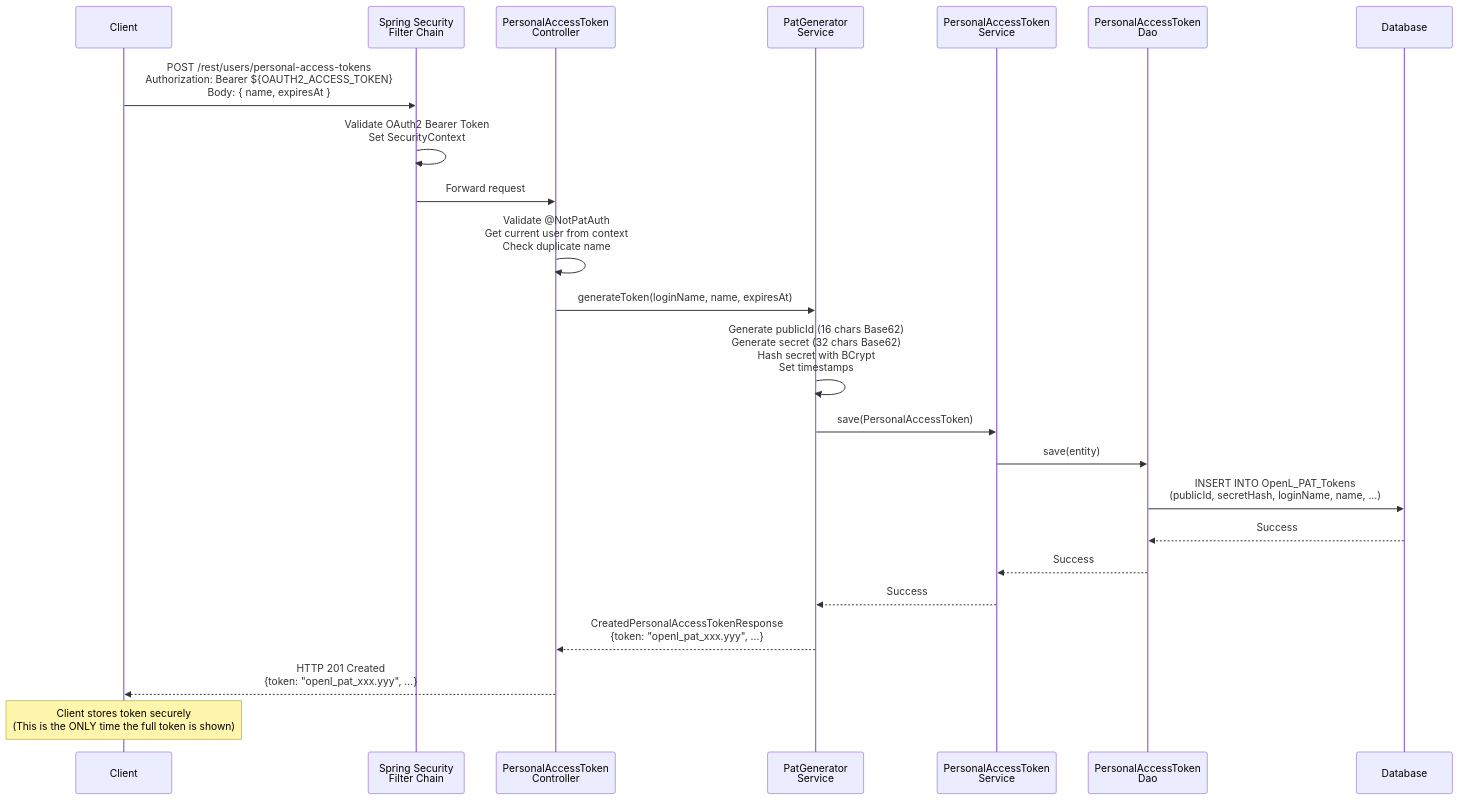
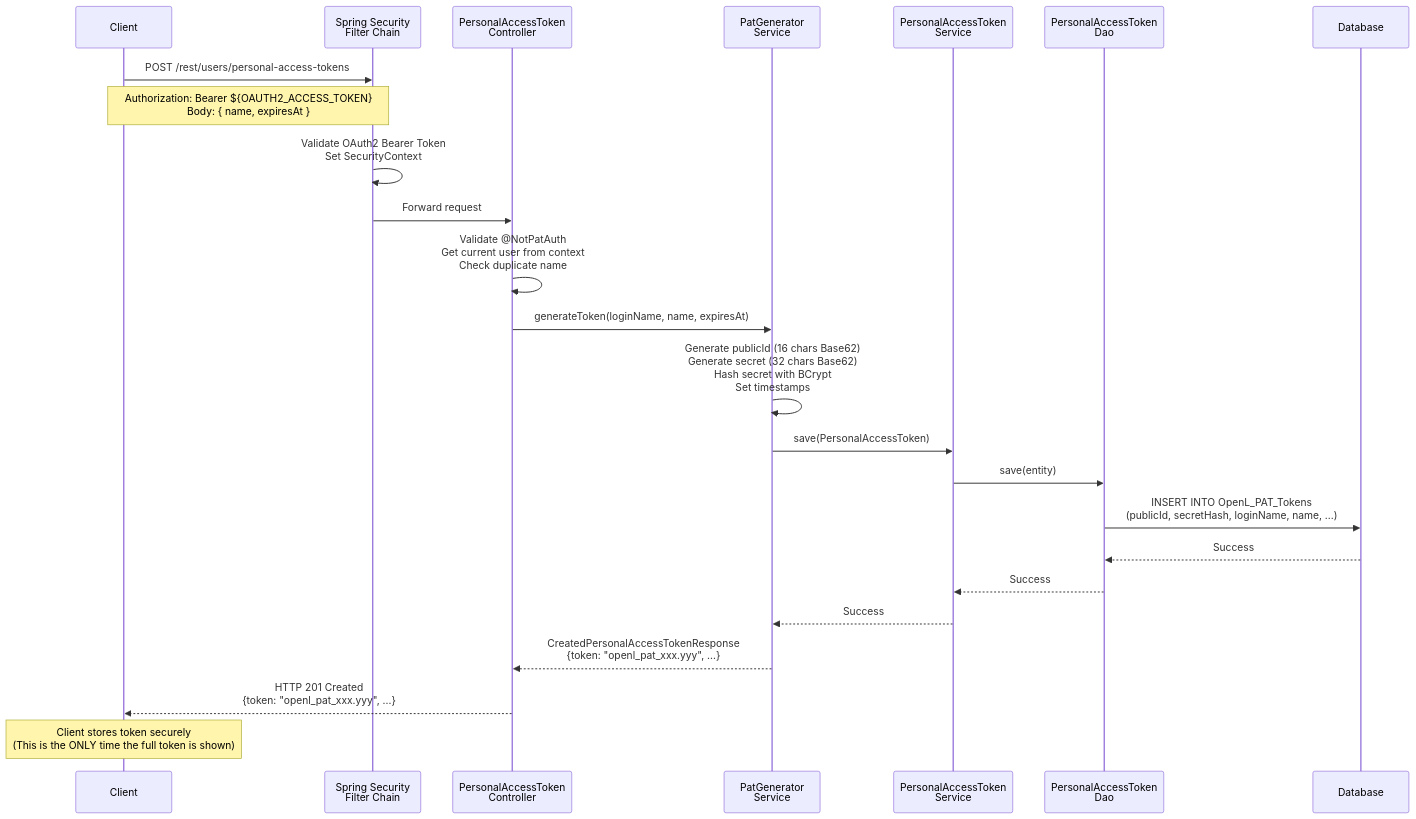
The second of 3 diagrams in Docs/api/personal-access-token-architecture.md (blitzy-public-samples/openl-tablets-01), drawn with Mermaid before and after one commit. The commit also changed other lines of this file and 28 other files, not shown here.

````diff
--- a/Docs/api/personal-access-token-architecture.md
+++ b/Docs/api/personal-access-token-architecture.md
@@ -823,31 +850,32 @@
 ```mermaid
 sequenceDiagram
     participant Client
     participant SecurityFilter as Spring Security<br/>Filter Chain
     participant Controller as PersonalAccessToken<br/>Controller
     participant Generator as PatGenerator<br/>Service
     participant CRUDService as PersonalAccessToken<br/>Service
     participant DAO as PersonalAccessToken<br/>Dao
     participant DB as Database
 
-    Client->>SecurityFilter: POST /rest/users/personal-access-tokens<br/>Authorization: Bearer ${OAUTH2_ACCESS_TOKEN}<br/>Body: { name, expiresAt }
+    Client->>SecurityFilter: POST /rest/users/personal-access-tokens
+    Note over Client,SecurityFilter: Authorization: Bearer ${OAUTH2_ACCESS_TOKEN}<br/>Body: { name, expiresAt }
     SecurityFilter->>SecurityFilter: Validate OAuth2 Bearer Token<br/>Set SecurityContext
     SecurityFilter->>Controller: Forward request
 
     Controller->>Controller: Validate @NotPatAuth<br/>Get current user from context<br/>Check duplicate name
     Controller->>Generator: generateToken(loginName, name, expiresAt)
 
     Generator->>Generator: Generate publicId (16 chars Base62)<br/>Generate secret (32 chars Base62)<br/>Hash secret with BCrypt<br/>Set timestamps
 
     Generator->>CRUDService: save(PersonalAccessToken)
     CRUDService->>DAO: save(entity)
     DAO->>DB: INSERT INTO OpenL_PAT_Tokens<br/>(publicId, secretHash, loginName, name, ...)
     DB-->>DAO: Success
     DAO-->>CRUDService: Success
     CRUDService-->>Generator: Success
 
     Generator-->>Controller: CreatedPersonalAccessTokenResponse<br/>{token: "openl_pat_xxx.yyy", ...}
     Controller-->>Client: HTTP 201 Created<br/>{token: "openl_pat_xxx.yyy", ...}
 
     Note over Client: Client stores token securely<br/>(This is the ONLY time the full token is shown)
 ```
````
